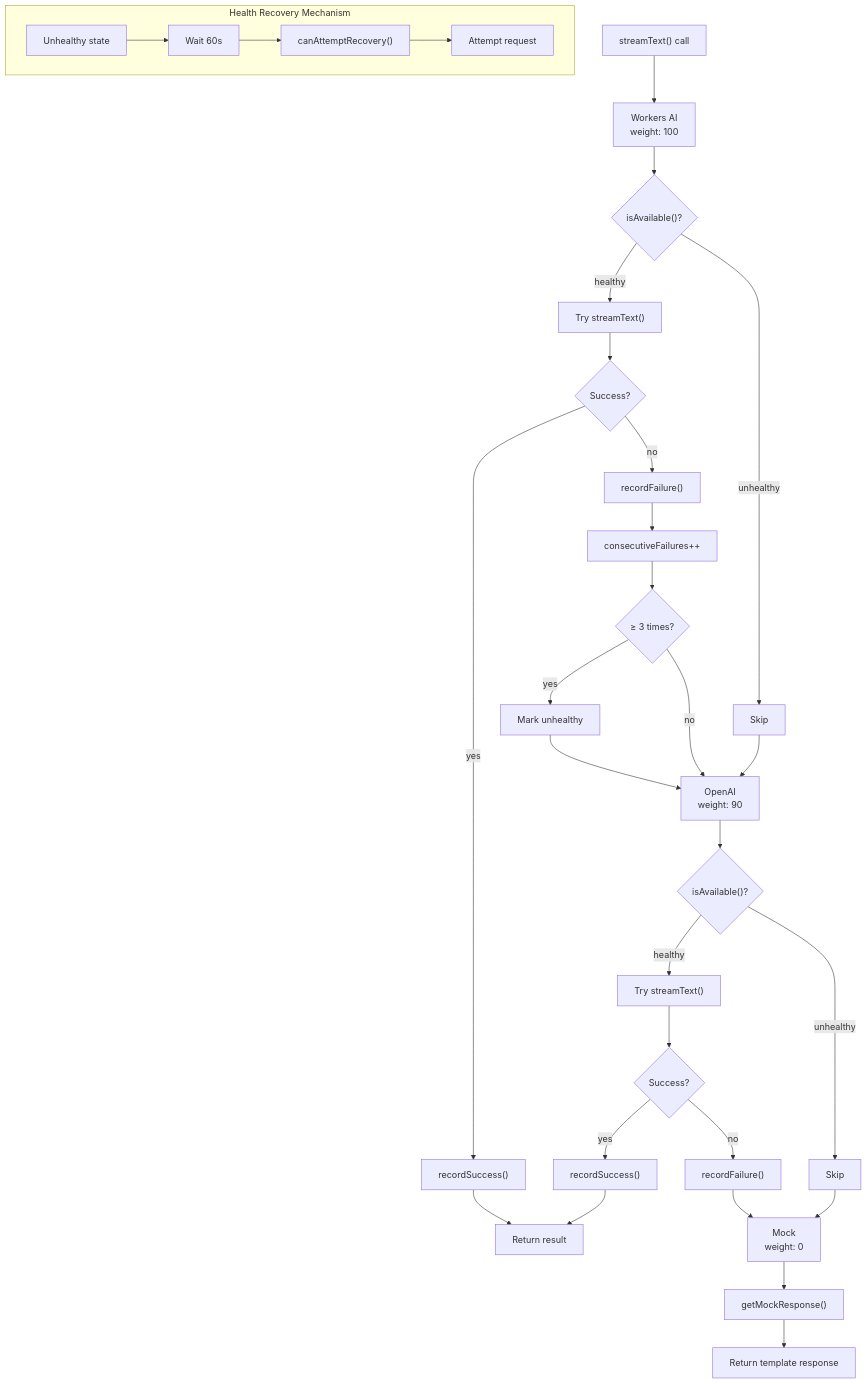
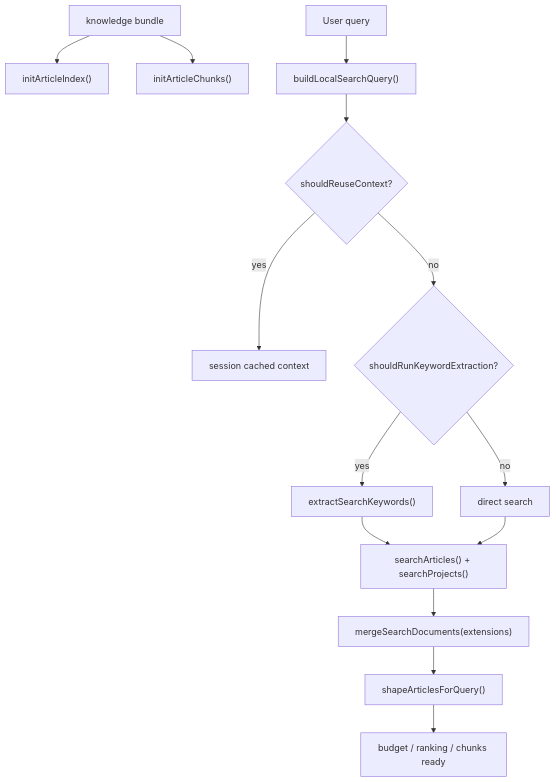
The second of 11 diagrams in apps/blog/src/data/blog/en/ai-module-architecture.md (souloss/astro-minblog), drawn with Mermaid before and after one commit. The commit also changed other lines of this file, not shown here.

First line of the commit message:
docs(blog): rewrite English AI architecture deep dive

````diff
--- a/apps/blog/src/data/blog/en/ai-module-architecture.md
+++ b/apps/blog/src/data/blog/en/ai-module-architecture.md
@@ -322,45 +303,16 @@
 ```mermaid
 flowchart TB
-    A["streamText() call"] --> B["Workers AI<br/>weight: 100"]
-
-    B --> C{"isAvailable()?"}
-    C -->|healthy| D["Try streamText()"]
-    C -->|unhealthy| E["Skip"]
-
-    D --> F{"Success?"}
-    F -->|yes| G["recordSuccess()"]
-    G --> H["Return result"]
-
-    F -->|no| I["recordFailure()"]
-    I --> J["consecutiveFailures++"]
-    J --> K{"≥ 3 times?"}
-    K -->|yes| L["Mark unhealthy"]
-    K -->|no| M["OpenAI<br/>weight: 90"]
-
-    E --> M
-    L --> M
-
-    M --> N{"isAvailable()?"}
-    N -->|healthy| O["Try streamText()"]
-    N -->|unhealthy| P["Skip"]
-
-    O --> Q{"Success?"}
-    Q -->|yes| R["recordSuccess()"]
-    R --> H
-
-    Q -->|no| S["recordFailure()"]
-    S --> T["Mock<br/>weight: 0"]
-
-    P --> T
-
-    T --> U["getMockResponse()"]
-    U --> V["Return template response"]
-
-    subgraph Health_Recovery["Health Recovery Mechanism"]
-        W["Unhealthy state"]
-        X["Wait 60s"]
-        Y["canAttemptRecovery()"]
-        Z["Attempt request"]
-        W --> X --> Y --> Z
-    end
+    A["knowledge bundle"] --> B["initArticleIndex()"]
+    A --> C["initArticleChunks()"]
+    Q["User query"] --> D["buildLocalSearchQuery()"]
+    D --> E{"shouldReuseContext?"}
+    E -->|yes| F["session cached context"]
+    E -->|no| G{"shouldRunKeywordExtraction?"}
+    G -->|yes| H["extractSearchKeywords()"]
+    G -->|no| I["direct search"]
+    H --> J["searchArticles() + searchProjects()"]
+    I --> J
+    J --> K["mergeSearchDocuments(extensions)"]
+    K --> L["shapeArticlesForQuery()"]
+    L --> M["budget / ranking / chunks ready"]
 ```
````
